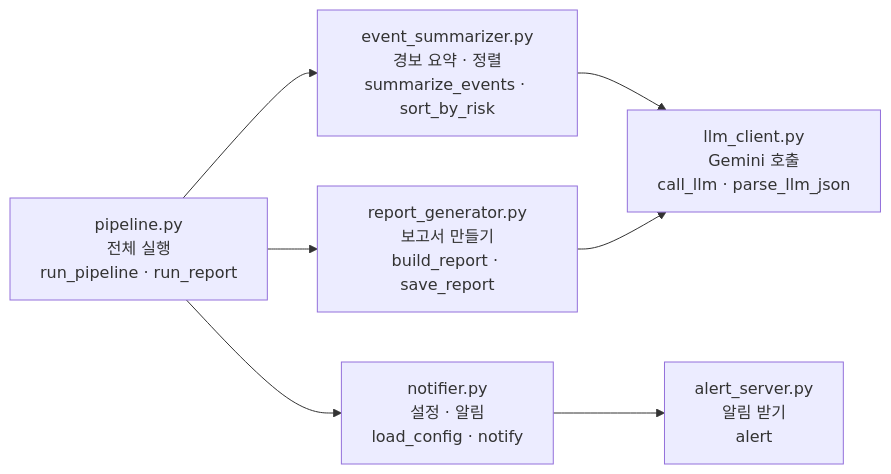
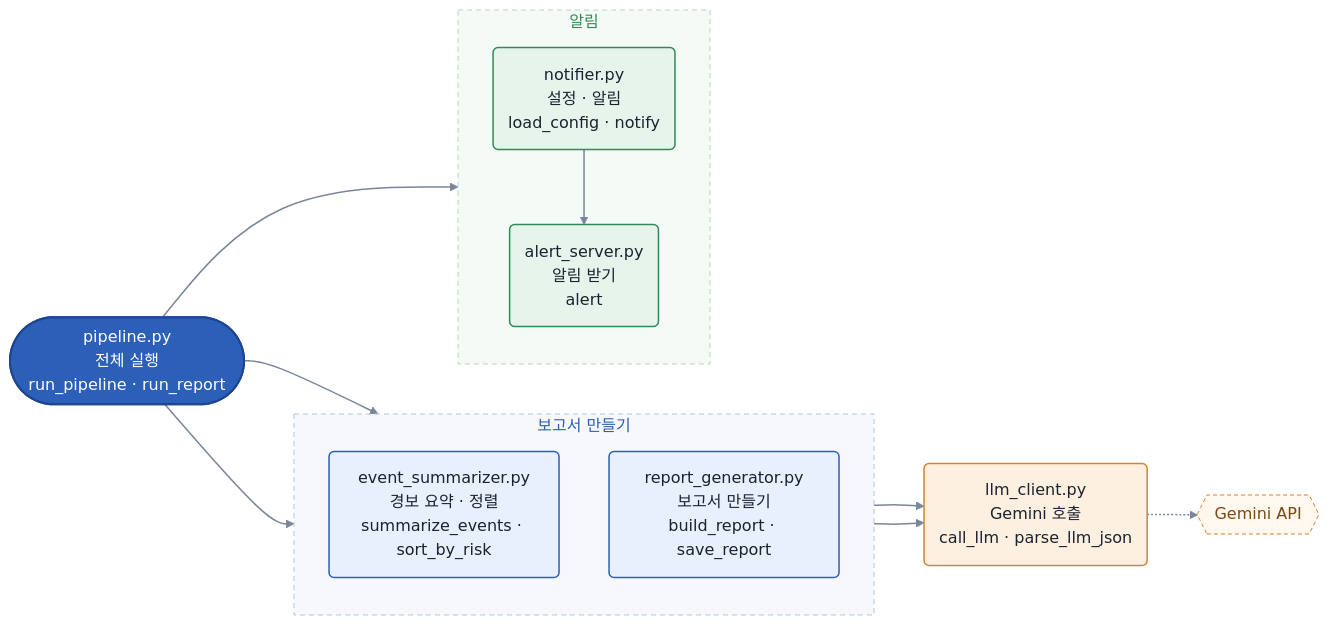
One commit to ddonni/security-agent-toolkit changed the diagram in README.md. Above: the diagram before and after it, drawn with Mermaid.

Commit message:
README 흐름도 꾸미기 — 그룹 묶음 · 색 구분 · Gemini API 표시
Claude-Session: https://claude.ai/code/session_019XxHTYpjmMBMYqfYY2NLR9

````diff
--- a/README.md
+++ b/README.md
@@ -8,13 +8,41 @@
 ```mermaid
 flowchart LR
-  P["pipeline.py<br/>전체 실행<br/>run_pipeline · run_report"]
-  S["event_summarizer.py<br/>경보 요약 · 정렬<br/>summarize_events · sort_by_risk"]
-  R["report_generator.py<br/>보고서 만들기<br/>build_report · save_report"]
-  L["llm_client.py<br/>Gemini 호출<br/>call_llm · parse_llm_json"]
-  N["notifier.py<br/>설정 · 알림<br/>load_config · notify"]
-  A["alert_server.py<br/>알림 받기<br/>alert"]
+  P(["pipeline.py<br/>전체 실행<br/>run_pipeline · run_report"])
 
-  P --> S --> L
-  P --> R --> L
-  P --> N --> A
+  subgraph REPORT["보고서 만들기"]
+    direction TB
+    S("event_summarizer.py<br/>경보 요약 · 정렬<br/>summarize_events · sort_by_risk")
+    R("report_generator.py<br/>보고서 만들기<br/>build_report · save_report")
+  end
+
+  L("llm_client.py<br/>Gemini 호출<br/>call_llm · parse_llm_json")
+  G{{"Gemini API"}}
+
+  subgraph ALERT["알림"]
+    direction TB
+    N("notifier.py<br/>설정 · 알림<br/>load_config · notify")
+    A("alert_server.py<br/>알림 받기<br/>alert")
+  end
+
+  P --> S
+  P --> R
+  S --> L
+  R --> L
+  L -.-> G
+  P --> N
+  N --> A
+
+  classDef entry fill:#2b5fb8,stroke:#1d4590,stroke-width:2px,color:#ffffff
+  classDef work fill:#e8f0fd,stroke:#2b5fb8,stroke-width:1.5px,color:#1b2230
+  classDef llm fill:#fdf0e1,stroke:#d9822b,stroke-width:1.5px,color:#1b2230
+  classDef ext fill:#fff8ef,stroke:#d9822b,stroke-width:1px,stroke-dasharray:4 3,color:#7a4a12
+  classDef notify fill:#e6f4ec,stroke:#2e8b57,stroke-width:1.5px,color:#1b2230
+  class P entry
+  class S,R work
+  class L llm
+  class G ext
+  class N,A notify
+  style REPORT fill:#f6f8fc,stroke:#b8c4d9,stroke-dasharray:5 4,color:#2b5fb8
+  style ALERT fill:#f4faf6,stroke:#b5d6c2,stroke-dasharray:5 4,color:#2e8b57
+  linkStyle default stroke:#7a8699,stroke-width:1.5px
 ```
````
